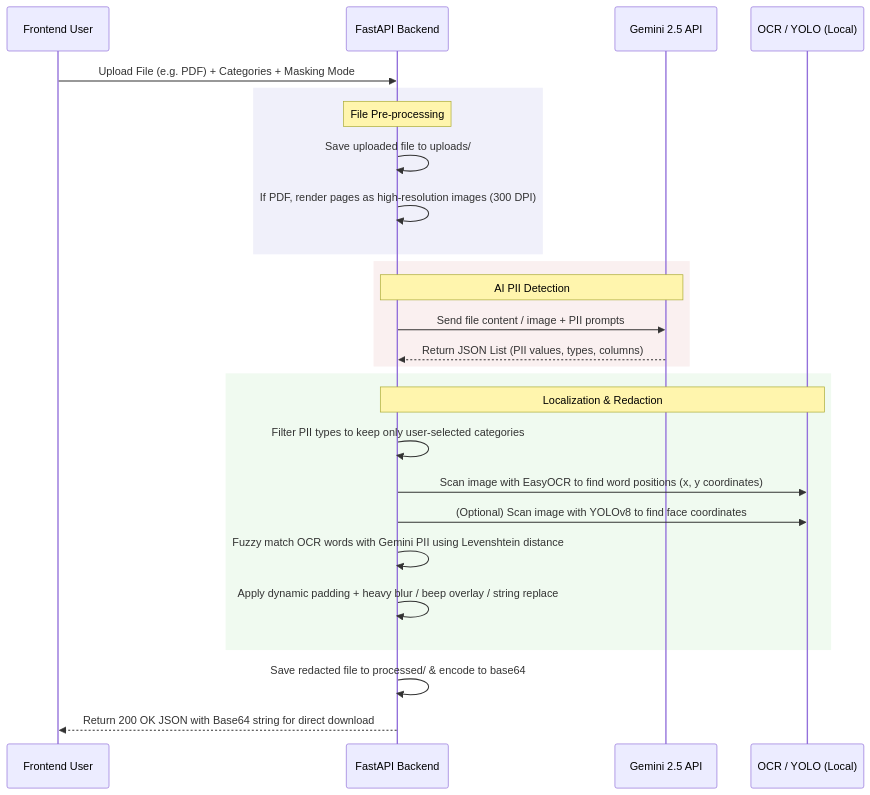
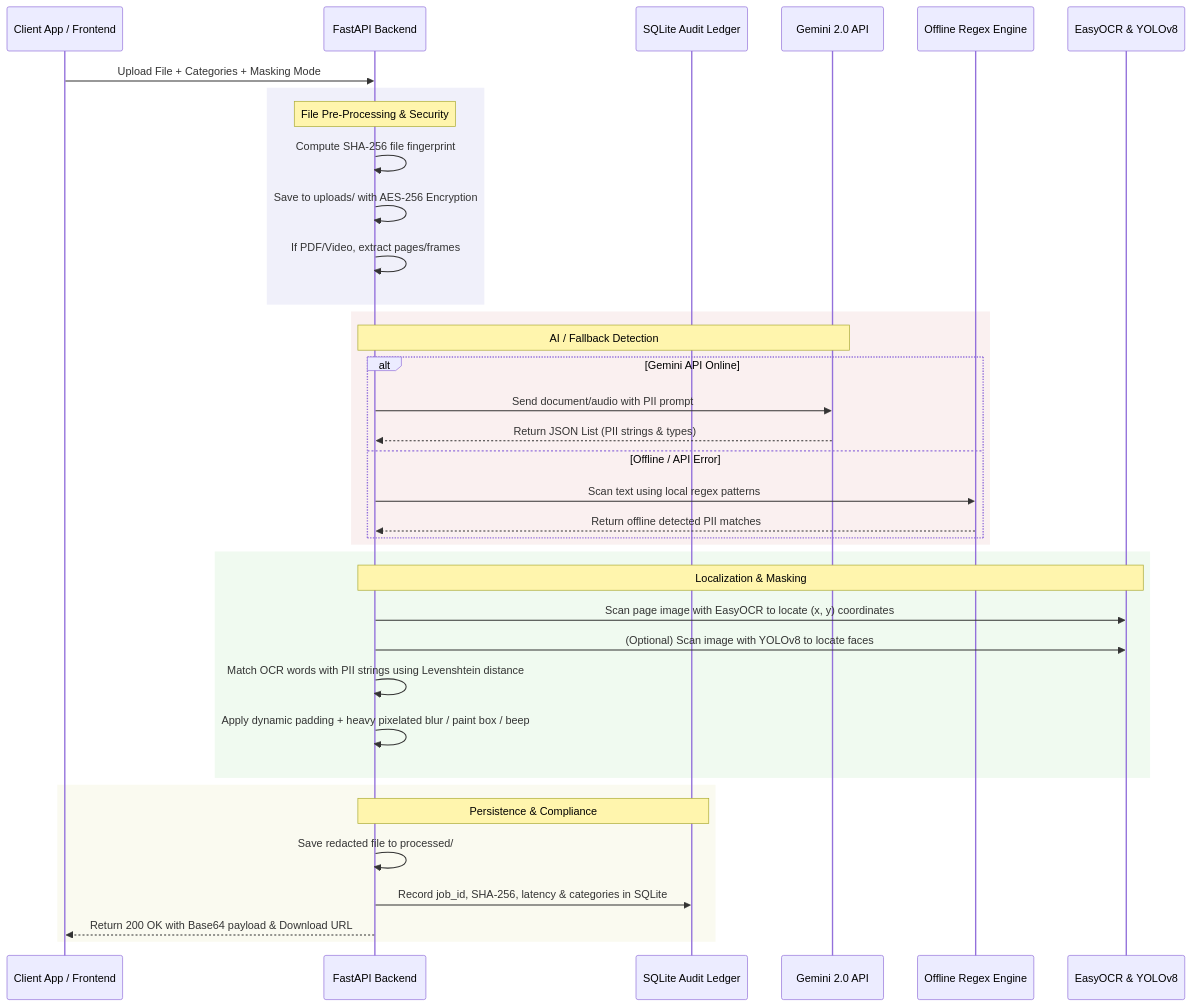
Before and after one commit to YATHARTHH/masking: the second of 2 diagrams in pii-masking-backend-main/docs/project_walkthrough_and_learning_guide.md, drawn with Mermaid. The commit also changed other lines of this file and 20 other files, not shown here.

Commit message:
feat: Add Enterprise Local features, SQLite audit ledger, AES-256 encryption, TTL shredder, offline fallback, compliance docs, and interview guide

````diff
--- a/pii-masking-backend-main/docs/project_walkthrough_and_learning_guide.md
+++ b/pii-masking-backend-main/docs/project_walkthrough_and_learning_guide.md
@@ -53,32 +63,43 @@
 ```mermaid
 sequenceDiagram
-    participant User as Frontend User
+    participant User as Client App / Frontend
     participant API as FastAPI Backend
-    participant Gemini as Gemini 2.5 API
-    participant Local as OCR / YOLO (Local)
+    participant Audit as SQLite Audit Ledger
+    participant Gemini as Gemini 2.0 API
+    participant Fallback as Offline Regex Engine
+    participant Local as EasyOCR & YOLOv8
 
-    User->>API: Upload File (e.g. PDF) + Categories + Masking Mode
+    User->>API: Upload File + Categories + Masking Mode
     rect rgb(240, 240, 250)
-        note over API: File Pre-processing
-        API->>API: Save uploaded file to uploads/
-        API->>API: If PDF, render pages as high-resolution images (300 DPI)
+        note over API: File Pre-Processing & Security
+        API->>API: Compute SHA-256 file fingerprint
+        API->>API: Save to uploads/ with AES-256 Encryption
+        API->>API: If PDF/Video, extract pages/frames
     end
     
     rect rgb(250, 240, 240)
-        note over API, Gemini: AI PII Detection
-        API->>Gemini: Send file content / image + PII prompts
-        Gemini-->>API: Return JSON List (PII values, types, columns)
+        note over API, Gemini: AI / Fallback Detection
+        alt Gemini API Online
+            API->>Gemini: Send document/audio with PII prompt
+            Gemini-->>API: Return JSON List (PII strings & types)
+        else Offline / API Error
+            API->>Fallback: Scan text using local regex patterns
+            Fallback-->>API: Return offline detected PII matches
+        end
     end
 
     rect rgb(240, 250, 240)
-        note over API, Local: Localization & Redaction
-        API->>API: Filter PII types to keep only user-selected categories
-        API->>Local: Scan image with EasyOCR to find word positions (x, y coordinates)
-        API->>Local: (Optional) Scan image with YOLOv8 to find face coordinates
-        API->>API: Fuzzy match OCR words with Gemini PII using Levenshtein distance
-        API->>API: Apply dynamic padding + heavy blur / beep overlay / string replace
+        note over API, Local: Localization & Masking
+        API->>Local: Scan page image with EasyOCR to locate (x, y) coordinates
+        API->>Local: (Optional) Scan image with YOLOv8 to locate faces
+        API->>API: Match OCR words with PII strings using Levenshtein distance
+        API->>API: Apply dynamic padding + heavy pixelated blur / paint box / beep
     end
 
-    API->>API: Save redacted file to processed/ & encode to base64
-    API-->>User: Return 200 OK JSON with Base64 string for direct download
+    rect rgb(250, 250, 240)
+        note over API, Audit: Persistence & Compliance
+        API->>API: Save redacted file to processed/
+        API->>Audit: Record job_id, SHA-256, latency & categories in SQLite
+        API-->>User: Return 200 OK with Base64 payload & Download URL
+    end
 ```
````
